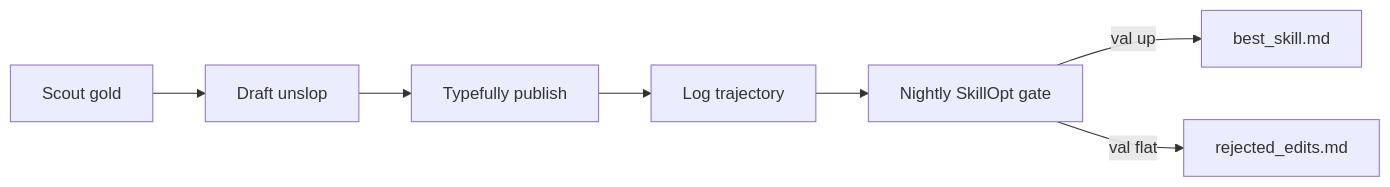
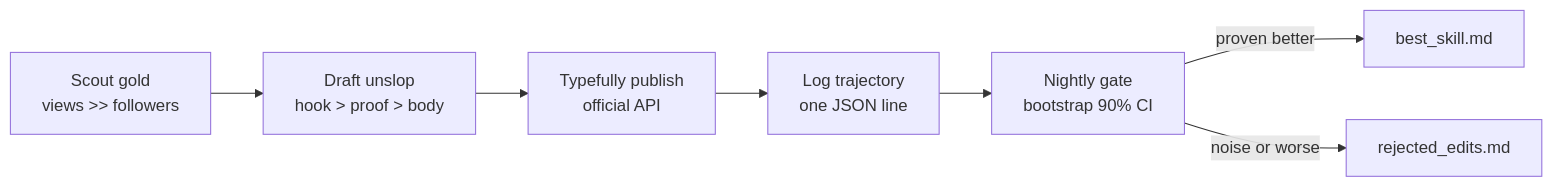
The diagram in README.md (YannisKiefer/grokbot-x), drawn with Mermaid before and after one commit. The commit also changed other lines of this file and 42 other files, not shown here.

````diff
--- a/README.md
+++ b/README.md
@@ -30,9 +19,9 @@
 ```mermaid
 flowchart LR
-  A[Scout gold] --> B[Draft unslop]
-  B --> C[Typefully publish]
-  C --> D[Log trajectory]
-  D --> E[Nightly SkillOpt gate]
-  E -->|val up| F[best_skill.md]
-  E -->|val flat| G[rejected_edits.md]
+  A[Scout gold<br>views >> followers] --> B[Draft unslop<br>hook > proof > body]
+  B --> C[Typefully publish<br>official API]
+  C --> D[Log trajectory<br>one JSON line]
+  D --> E[Nightly gate<br>bootstrap 90% CI]
+  E -->|proven better| F[best_skill.md]
+  E -->|noise or worse| G[rejected_edits.md]
 ```
````
